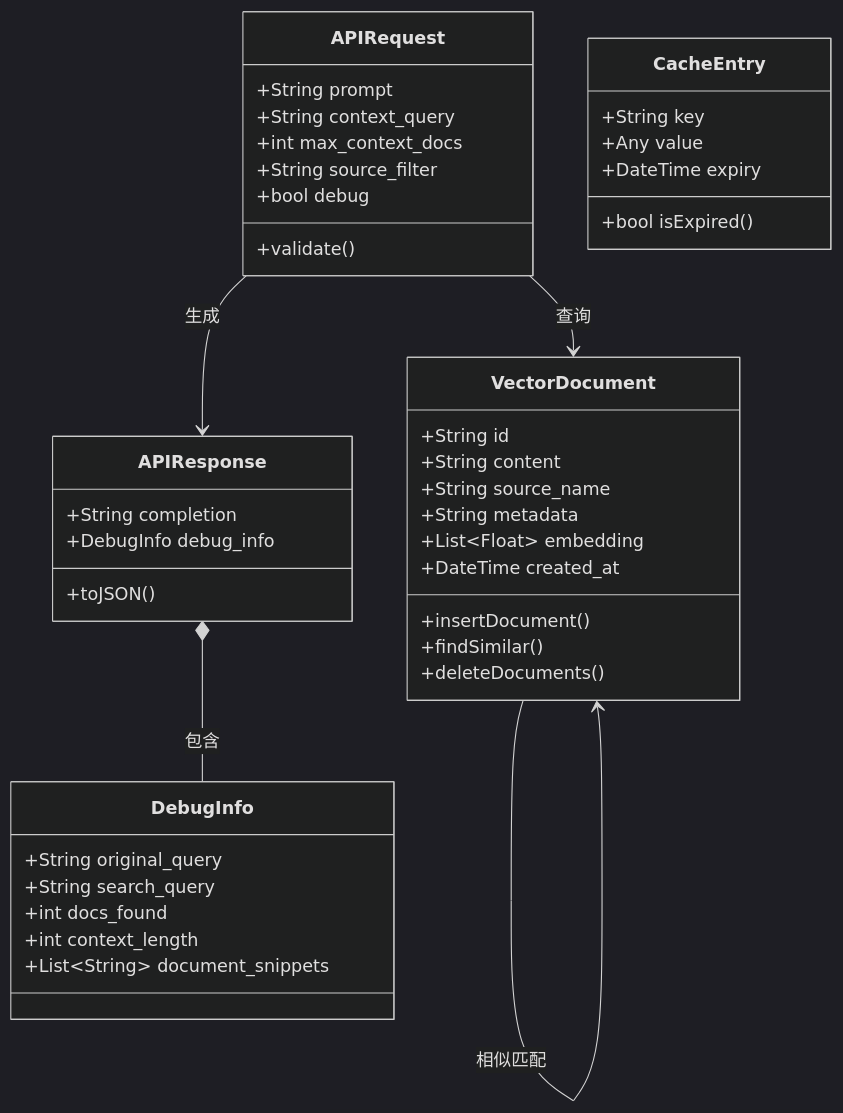
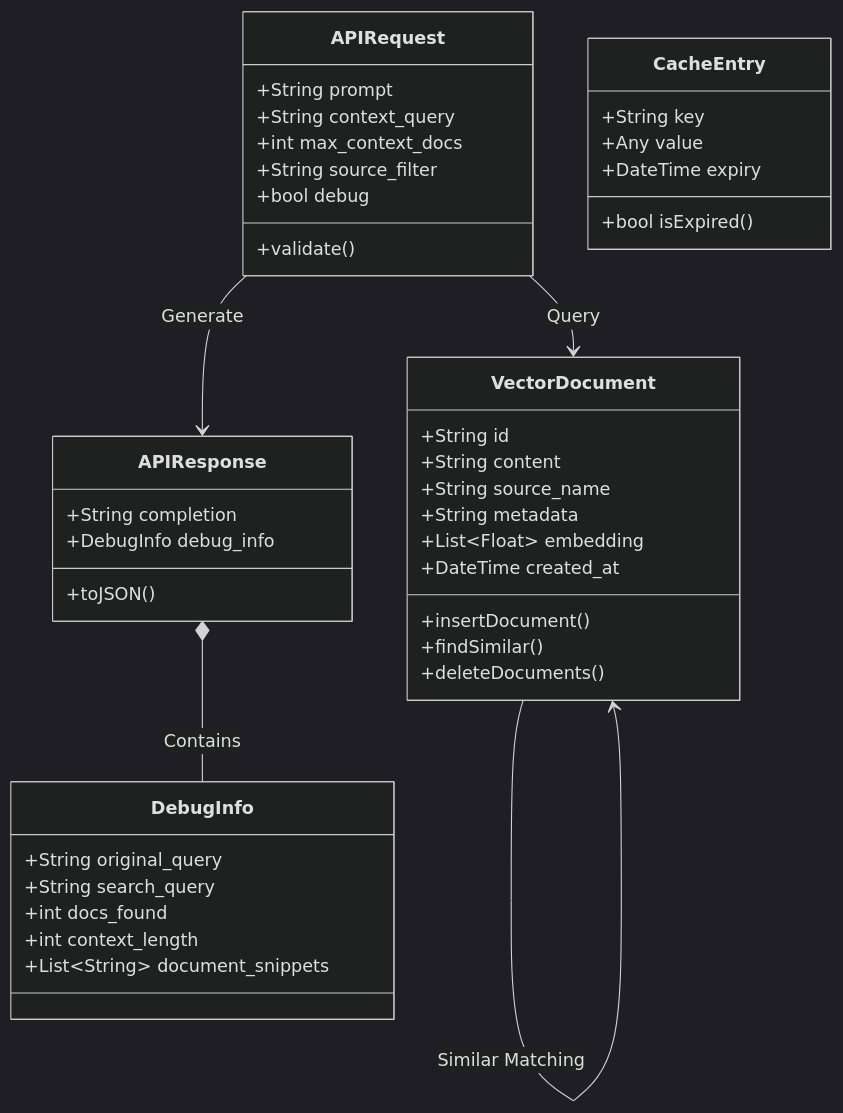
The fifth of 10 diagrams in README.md (zking2000/gemini-vector-search), drawn with Mermaid (dark theme) before and after one commit. The commit also changed other lines of this file and 13 other files, not shown here.

````diff
--- a/README.md
+++ b/README.md
@@ -697,49 +686,49 @@
 ```mermaid
 classDiagram
     class VectorDocument {
         +String id
         +String content
         +String source_name
         +String metadata
         +List~Float~ embedding
         +DateTime created_at
         +insertDocument()
         +findSimilar()
         +deleteDocuments()
     }
     
     class APIRequest {
         +String prompt
         +String context_query
         +int max_context_docs
         +String source_filter
         +bool debug
         +validate()
     }
     
     class APIResponse {
         +String completion
         +DebugInfo debug_info
         +toJSON()
     }
     
     class DebugInfo {
         +String original_query
         +String search_query
         +int docs_found
         +int context_length
         +List~String~ document_snippets
     }
     
     class CacheEntry {
         +String key
         +Any value
         +DateTime expiry
         +bool isExpired()
     }
     
-    APIRequest --> APIResponse : 生成
-    APIResponse *-- DebugInfo : 包含
-    APIRequest --> VectorDocument : 查询
-    VectorDocument --> VectorDocument : 相似匹配
+    APIRequest --> APIResponse : Generate
+    APIResponse *-- DebugInfo : Contains
+    APIRequest --> VectorDocument : Query
+    VectorDocument --> VectorDocument : Similar Matching
 ```
````
